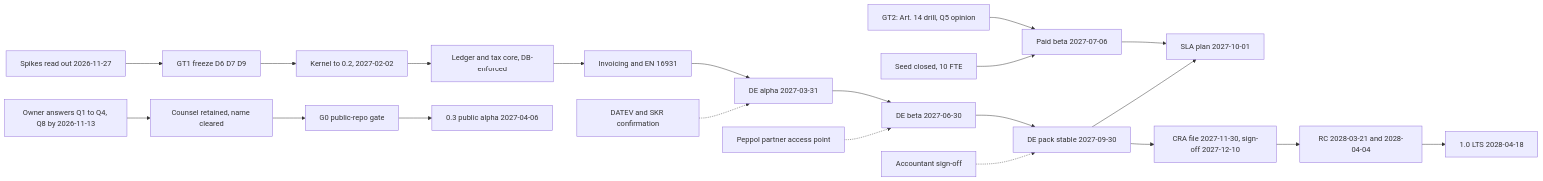
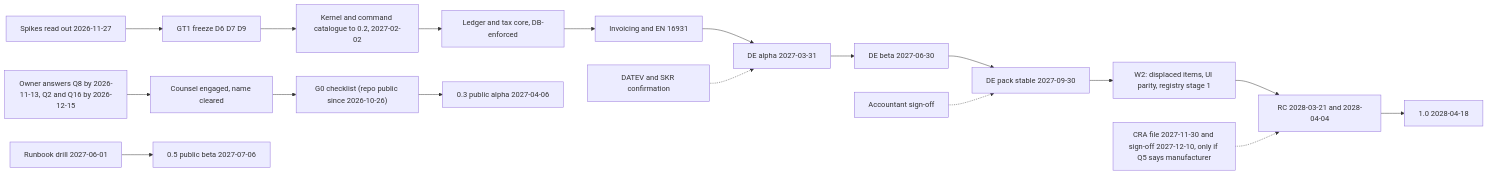
The second of 2 diagrams in docs/ROADMAP.md (SpaceCorps/obop), drawn with Mermaid before and after one commit. The commit also changed other lines of this file and 8 other files, not shown here.

````diff
--- a/docs/ROADMAP.md
+++ b/docs/ROADMAP.md
@@ -345,23 +337,20 @@
 ```mermaid
 flowchart LR
-    Q["Owner answers Q1 to Q4, Q8 by 2026-11-13"] --> C["Counsel retained, name cleared"]
-    C --> G0["G0 public-repo gate"]
+    Q["Owner answers Q8 by 2026-11-13, Q2 and Q16 by 2026-12-15"] --> C["Counsel engaged, name cleared"]
+    C --> G0["G0 checklist (repo public since 2026-10-26)"]
     S["Spikes read out 2026-11-27"] --> GT1["GT1 freeze D6 D7 D9"]
-    GT1 --> K["Kernel to 0.2, 2027-02-02"]
+    GT1 --> K["Kernel and command catalogue to 0.2, 2027-02-02"]
     K --> L["Ledger and tax core, DB-enforced"]
     L --> I["Invoicing and EN 16931"]
     I --> A["DE alpha 2027-03-31"]
     D["DATEV and SKR confirmation"] -.-> A
     A --> B["DE beta 2027-06-30"]
-    P["Peppol partner access point"] -.-> B
     B --> ST["DE pack stable 2027-09-30"]
     AC["Accountant sign-off"] -.-> ST
     G0 --> PA["0.3 public alpha 2027-04-06"]
-    R["GT2: Art. 14 drill, Q5 opinion"] --> PB["Paid beta 2027-07-06"]
-    F["Seed closed, 10 FTE"] --> PB
-    PB --> SLA["SLA plan 2027-10-01"]
-    ST --> SLA
-    ST --> CRA["CRA file 2027-11-30, sign-off 2027-12-10"]
-    CRA --> RC["RC 2028-03-21 and 2028-04-04"]
-    RC --> LTS["1.0 LTS 2028-04-18"]
+    R["Runbook drill 2027-06-01"] --> PB["0.5 public beta 2027-07-06"]
+    ST --> W2["W2: displaced items, UI parity, registry stage 1"]
+    W2 --> RC["RC 2028-03-21 and 2028-04-04"]
+    CRA["CRA file 2027-11-30 and sign-off 2027-12-10, only if Q5 says manufacturer"] -.-> RC
+    RC --> V10["1.0 2028-04-18"]
 ```
````
